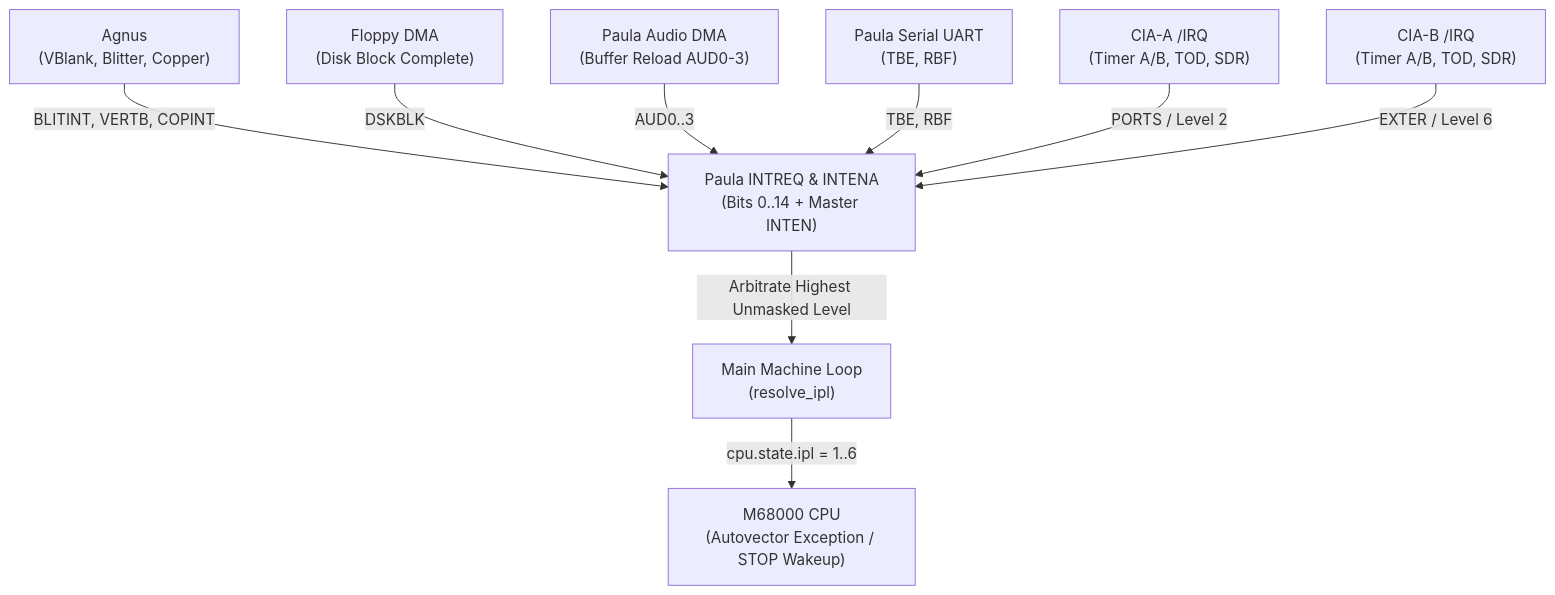
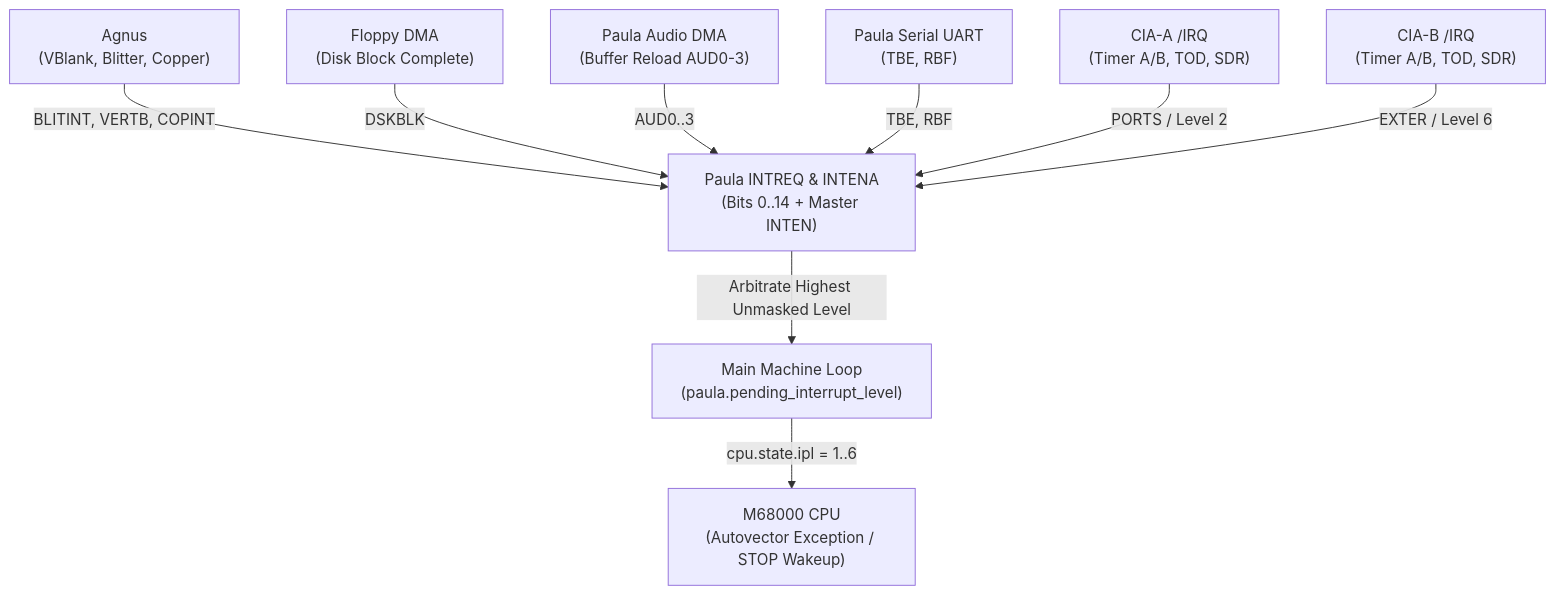
The second of 3 diagrams in Obsidian/Amiga/Design/Main loop A500.md (tomek-anuszkiewicz/amiga-studio), drawn with Mermaid before and after one commit. The commit also changed other lines of this file and 9 other files, not shown here.

First line of the commit message:
refactor(machine_loop): remove redundant resolve_ipl wrapper in favor of direct paula access

````diff
--- a/Obsidian/Amiga/Design/Main loop A500.md
+++ b/Obsidian/Amiga/Design/Main loop A500.md
@@ -111,12 +111,12 @@
 ```mermaid
 flowchart TD
     AGNUS["Agnus\n(VBlank, Blitter, Copper)"] -->|BLITINT, VERTB, COPINT| PAULA
     FLOPPY["Floppy DMA\n(Disk Block Complete)"] -->|DSKBLK| PAULA
     AUDIO["Paula Audio DMA\n(Buffer Reload AUD0-3)"] -->|AUD0..3| PAULA
     SERIAL["Paula Serial UART\n(TBE, RBF)"] -->|TBE, RBF| PAULA
     CIAA["CIA-A /IRQ\n(Timer A/B, TOD, SDR)"] -->|PORTS / Level 2| PAULA
     CIAB["CIA-B /IRQ\n(Timer A/B, TOD, SDR)"] -->|EXTER / Level 6| PAULA
 
-    PAULA["Paula INTREQ & INTENA\n(Bits 0..14 + Master INTEN)"] -->|Arbitrate Highest Unmasked Level| MAIN_LOOP["Main Machine Loop\n(resolve_ipl)"]
+    PAULA["Paula INTREQ & INTENA\n(Bits 0..14 + Master INTEN)"] -->|Arbitrate Highest Unmasked Level| MAIN_LOOP["Main Machine Loop\n(paula.pending_interrupt_level)"]
     MAIN_LOOP -->|cpu.state.ipl = 1..6| CPU["M68000 CPU\n(Autovector Exception / STOP Wakeup)"]
 ```
````
